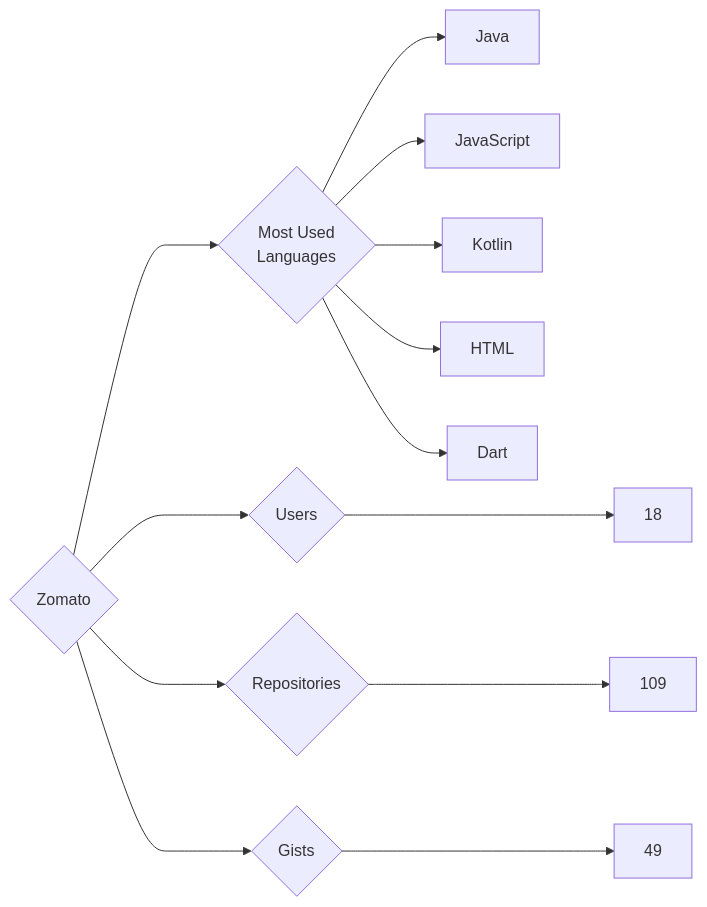
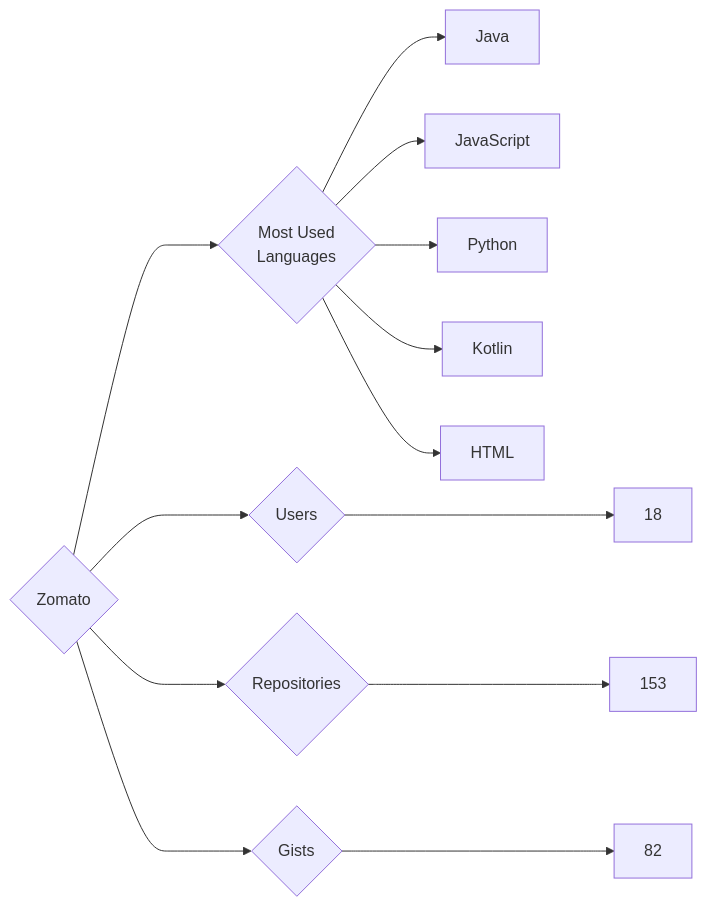
One commit to trickest/insiders changed the diagram in targets/Zomato/README.md. Above: the diagram before and after it, drawn with Mermaid. The commit also changed 886 other files, not shown here.

````diff
--- a/targets/Zomato/README.md
+++ b/targets/Zomato/README.md
@@ -3,13 +3,13 @@
 ```mermaid
 graph LR
 COMPANY_NAME{Zomato}
 COMPANY_NAME ---> U{Users} ---> UN[18]
-COMPANY_NAME ---> R{Repositories} ---> RN[109]
-COMPANY_NAME ---> G{Gists} ---> GN[49]
+COMPANY_NAME ---> R{Repositories} ---> RN[153]
+COMPANY_NAME ---> G{Gists} ---> GN[82]
 COMPANY_NAME ---> ML{Most Used<br>Languages}
 ML --> Java[Java]
 ML --> JavaScript[JavaScript]
+ML --> Python[Python]
 ML --> Kotlin[Kotlin]
 ML --> HTML[HTML]
-ML --> Dart[Dart]
 ```
````
